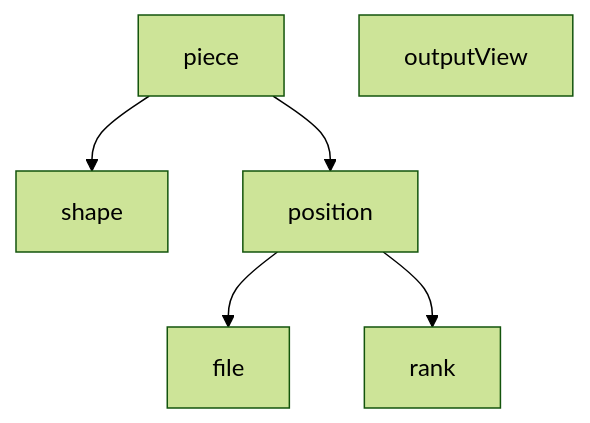
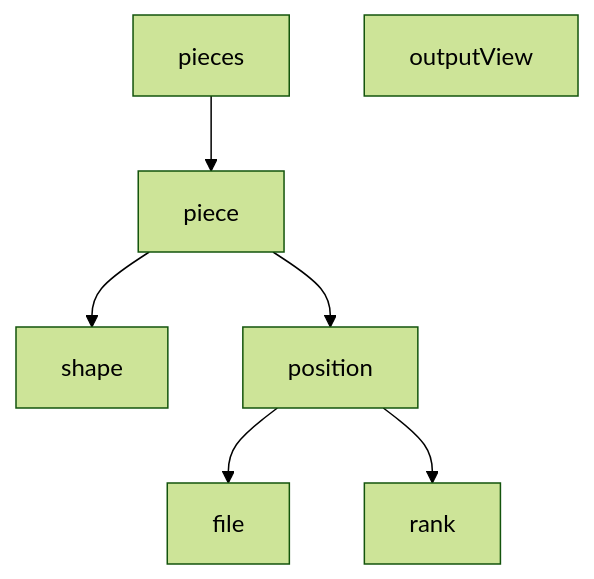
Before and after one commit to woowacourse/java-chess: the diagram in README.md, drawn with Mermaid (forest theme). The commit also changed other lines of this file and 4 other files, not shown here.

````diff
--- a/README.md
+++ b/README.md
@@ -11,9 +11,10 @@
 ```mermaid
 graph TD
+D[pieces] --> A;
 A[piece] --> B[shape];
 A[piece] --> C[position];
 C --> E[file];
 C --> F[rank];
 
 G[outputView]
 ```
````
